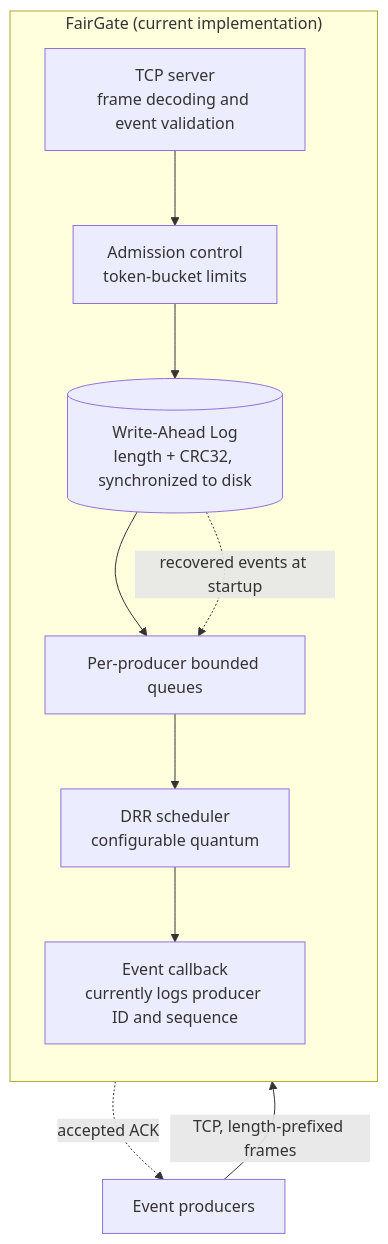
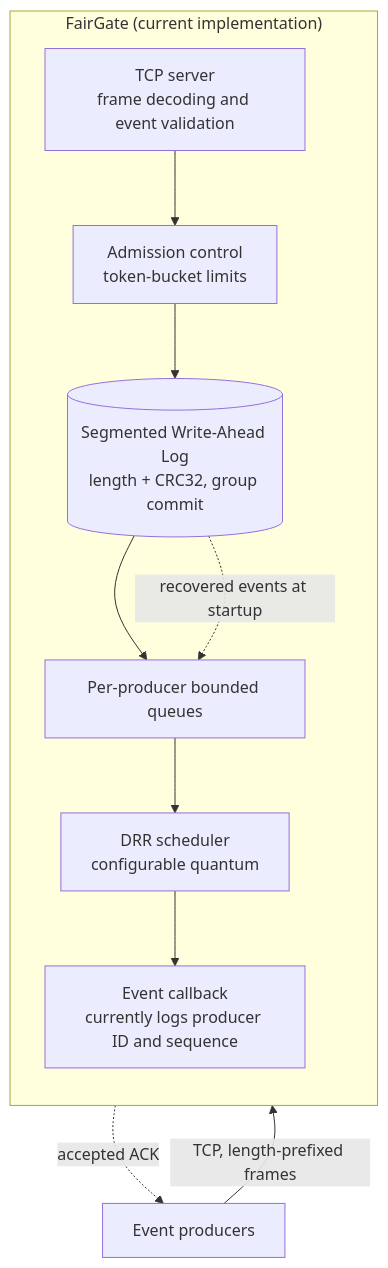
One commit to PratyushVishal11011/Fairgate changed the first of 14 diagrams in README.md. Above: the diagram before and after it, drawn with Mermaid. The commit also changed other lines of this file, not shown here.

Commit message:
feat(wal): add group commit with segmented WAL

````diff
--- a/README.md
+++ b/README.md
@@ -101,23 +122,23 @@
 ```mermaid
 flowchart TD
     P["Event producers"] -->|"TCP, length-prefixed frames"| S
 
     subgraph GW["FairGate (current implementation)"]
         direction TB
         S["TCP server<br/>frame decoding and event validation"]
         A["Admission control<br/>token-bucket limits"]
-        W[("Write-Ahead Log<br/>length + CRC32, synchronized to disk")]
+        W[("Segmented Write-Ahead Log<br/>length + CRC32, group commit")]
         Q["Per-producer bounded queues"]
         D["DRR scheduler<br/>configurable quantum"]
         C["Event callback<br/>currently logs producer ID and sequence"]
 
         S --> A
         A --> W
         W --> Q
         Q --> D
         D --> C
         W -.->|"recovered events at startup"| Q
     end
 
     Q -.->|"accepted ACK"| P
 ```
````
